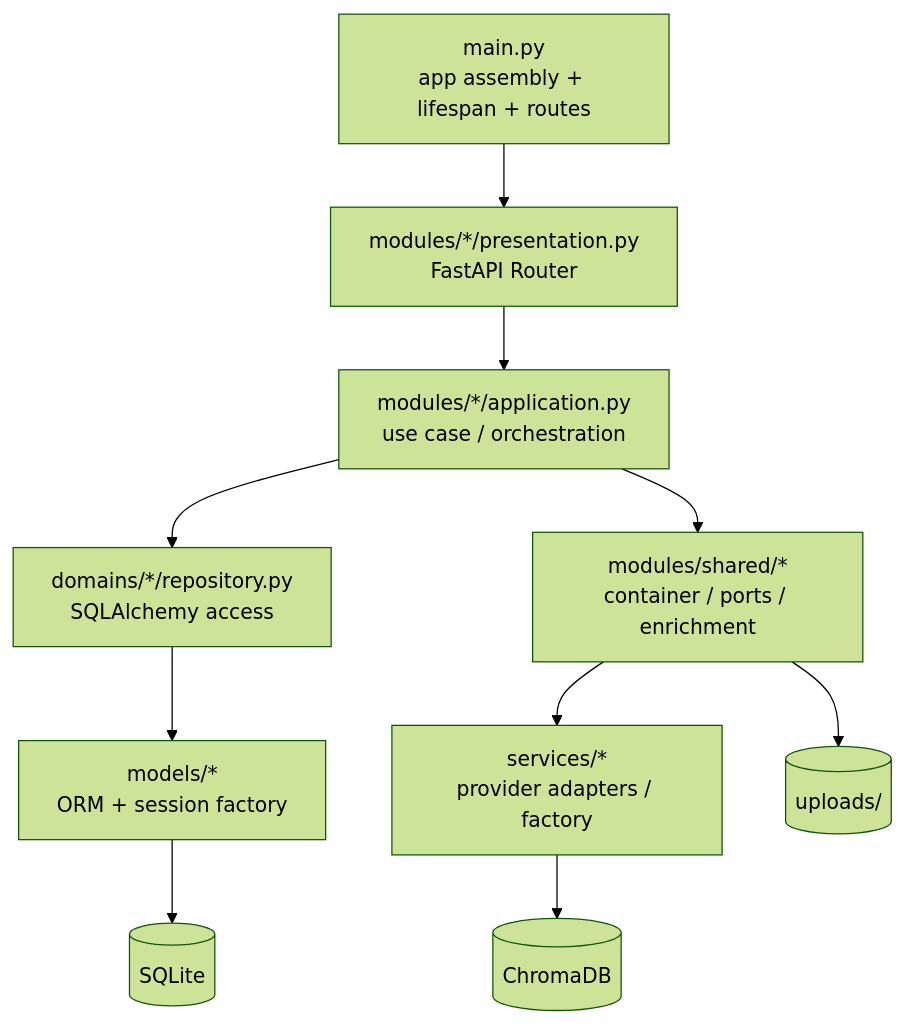
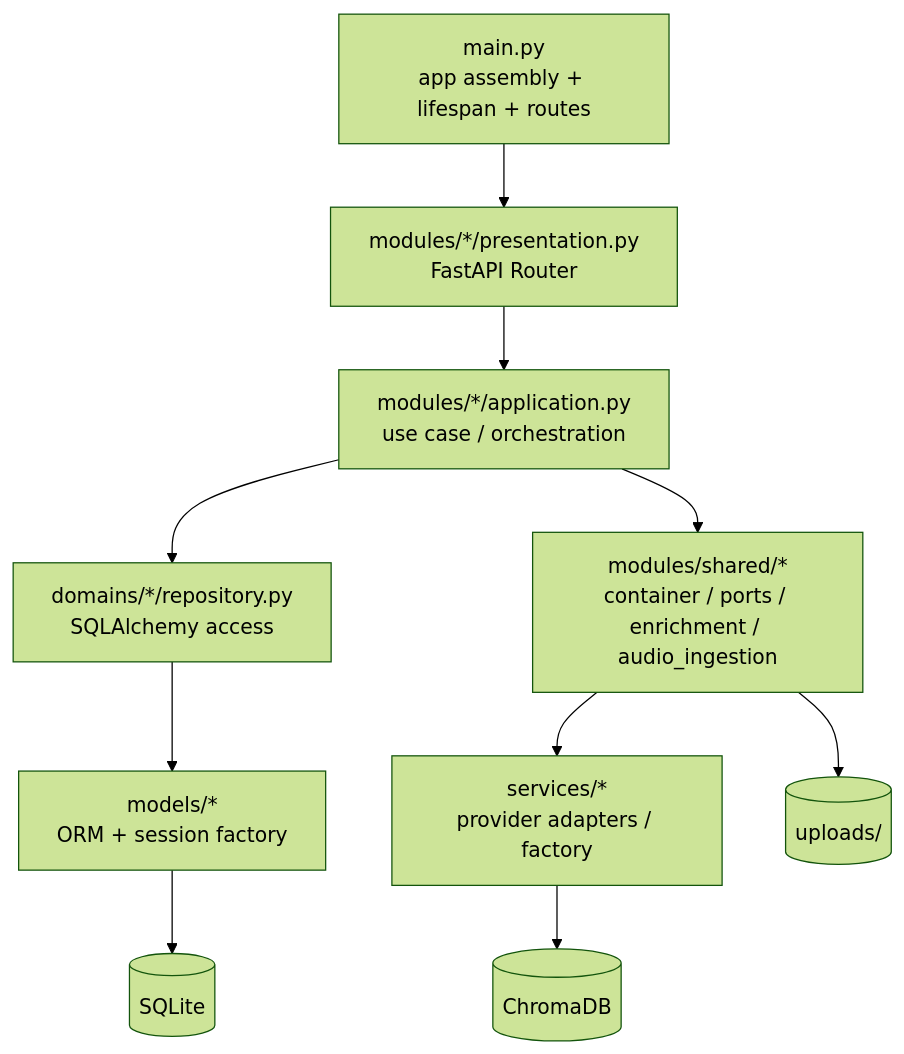
One commit to YCZA2/SparkFlow changed the third of 8 diagrams in memory-bank/architecture.md. Above: the diagram before and after it, drawn with Mermaid (forest theme). The commit also changed other lines of this file and 16 other files, not shown here.

Commit message:
Add shared audio ingestion pipeline

````diff
--- a/memory-bank/architecture.md
+++ b/memory-bank/architecture.md
@@ -111,23 +111,23 @@
 ```mermaid
 flowchart TD
     MAIN["main.py<br/>app assembly + lifespan + routes"]
     PRE["modules/*/presentation.py<br/>FastAPI Router"]
     APP["modules/*/application.py<br/>use case / orchestration"]
-    SHARED["modules/shared/*<br/>container / ports / enrichment"]
+    SHARED["modules/shared/*<br/>container / ports / enrichment / audio_ingestion"]
     REPO["domains/*/repository.py<br/>SQLAlchemy access"]
     MODEL["models/*<br/>ORM + session factory"]
     PROVIDER["services/*<br/>provider adapters / factory"]
     DB[("SQLite")]
     UP[("uploads/")]
     VDB[("ChromaDB")]
 
     MAIN --> PRE
     PRE --> APP
     APP --> REPO
     APP --> SHARED
     SHARED --> PROVIDER
     REPO --> MODEL
     MODEL --> DB
     SHARED --> UP
     PROVIDER --> VDB
 ```
````
